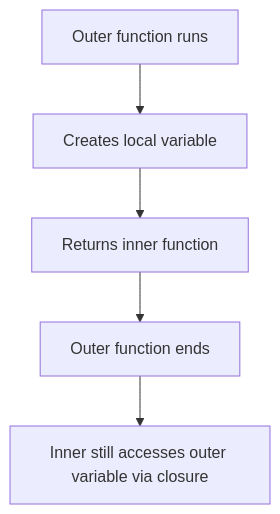
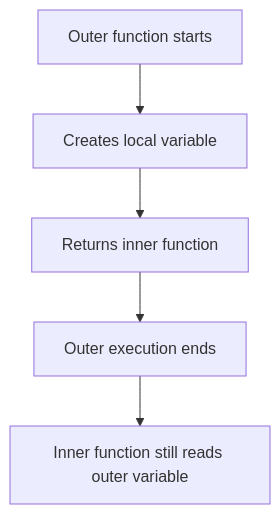
One commit to AbhishekDhone7/javascript-git-basics changed diagram 13 of 14 in JavaScript-Beginners-Guide.md. Above: the diagram before and after it, drawn with Mermaid. The commit also changed other lines of this file and 1 other file, not shown here.

````diff
--- a/JavaScript-Beginners-Guide.md
+++ b/JavaScript-Beginners-Guide.md
@@ -965,7 +992,7 @@
 ```mermaid
 flowchart TD
-A[Outer function runs] --> B[Creates local variable]
+A[Outer function starts] --> B[Creates local variable]
 B --> C[Returns inner function]
-C --> D[Outer function ends]
-D --> E[Inner still accesses outer variable via closure]
+C --> D[Outer execution ends]
+D --> E[Inner function still reads outer variable]
 ```
````
